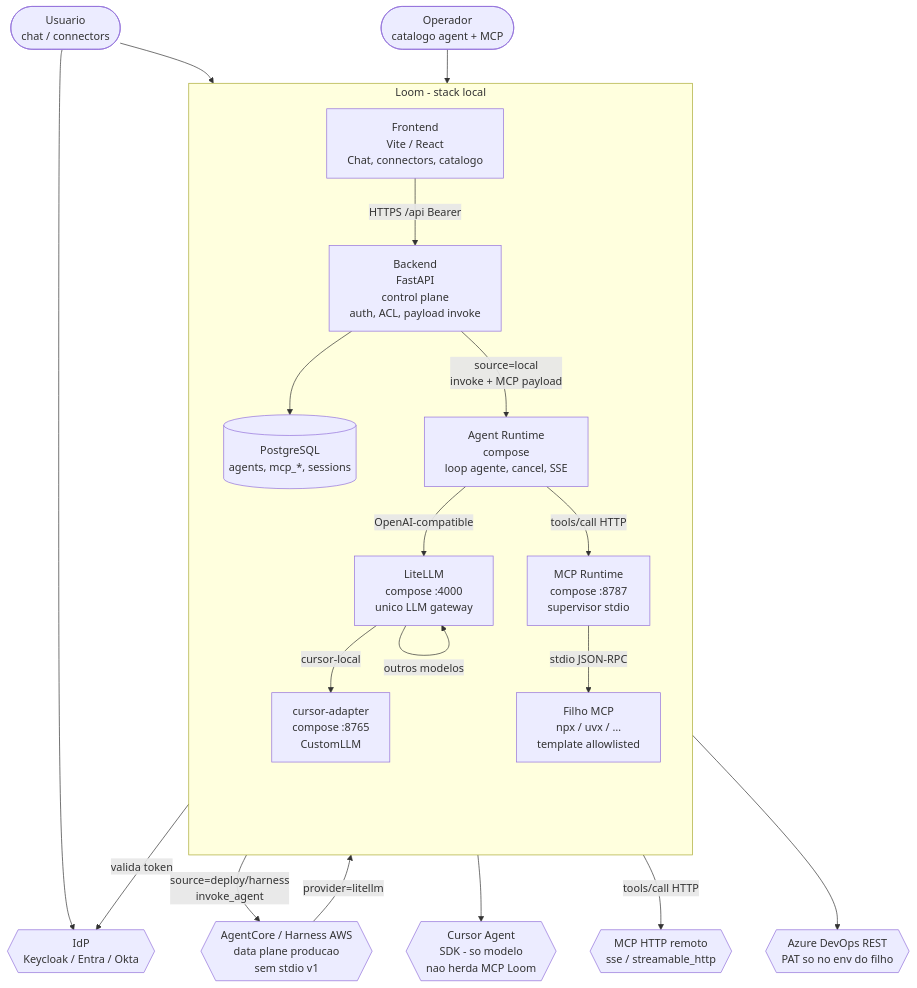
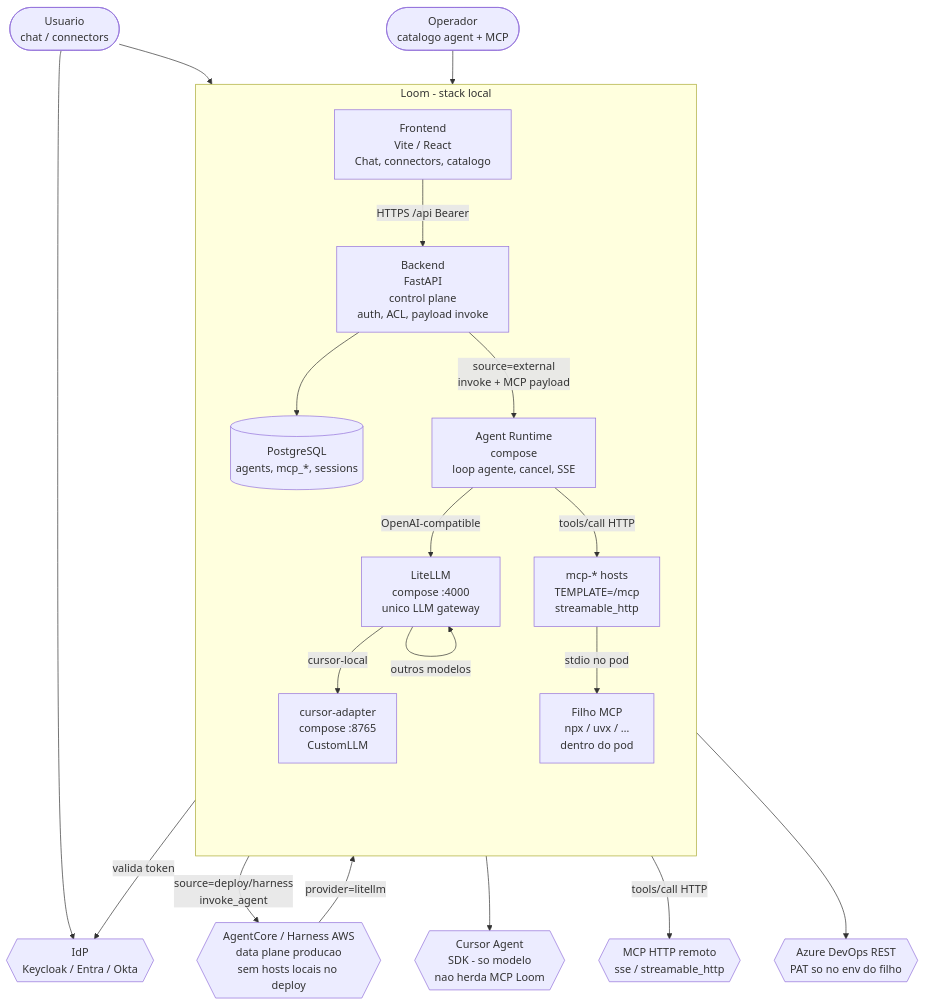
Before and after one commit to jsmesquita/loom-ext: the first of 2 diagrams in local-runtime/docs/adr/0005-local-agent-runtime.md, drawn with Mermaid. The commit also changed other lines of this file and 64 other files, not shown here.

First line of the commit message:
Isolate MCP hosts as TEMPLATE=/mcp services and drop stdio from Loom Core.

````diff
--- a/local-runtime/docs/adr/0005-local-agent-runtime.md
+++ b/local-runtime/docs/adr/0005-local-agent-runtime.md
@@ -96,41 +97,41 @@
 ```mermaid
 flowchart TB
   user(["Usuario<br/>chat / connectors"])
   admin(["Operador<br/>catalogo agent + MCP"])
 
   subgraph loom["Loom - stack local"]
     direction TB
     fe["Frontend<br/>Vite / React<br/>Chat, connectors, catalogo"]
     be["Backend<br/>FastAPI<br/>control plane<br/>auth, ACL, payload invoke"]
     db[("PostgreSQL<br/>agents, mcp_*, sessions")]
     ar["Agent Runtime<br/>compose<br/>loop agente, cancel, SSE"]
-    mr["MCP Runtime<br/>compose :8787<br/>supervisor stdio"]
-    child["Filho MCP<br/>npx / uvx / …<br/>template allowlisted"]
+    mr["mcp-* hosts<br/>TEMPLATE=/mcp<br/>streamable_http"]
+    child["Filho MCP<br/>npx / uvx / …<br/>dentro do pod"]
     litellm["LiteLLM<br/>compose :4000<br/>unico LLM gateway"]
     adapter["cursor-adapter<br/>compose :8765<br/>CustomLLM"]
   end
 
   idp{{"IdP<br/>Keycloak / Entra / Okta"}}
   cursor{{"Cursor Agent<br/>SDK - so modelo<br/>nao herda MCP Loom"}}
   azdo{{"Azure DevOps REST<br/>PAT so no env do filho"}}
   remote{{"MCP HTTP remoto<br/>sse / streamable_http"}}
-  ac{{"AgentCore / Harness AWS<br/>data plane producao<br/>sem stdio v1"}}
+  ac{{"AgentCore / Harness AWS<br/>data plane producao<br/>sem hosts locais no deploy"}}
 
   user --> idp
   user --> fe
   admin --> fe
   fe -->|"HTTPS /api Bearer"| be
   be -->|"valida token"| idp
   be --> db
-  be -->|"source=local<br/>invoke + MCP payload"| ar
+  be -->|"source=external<br/>invoke + MCP payload"| ar
   be -->|"source=deploy/harness<br/>invoke_agent"| ac
   ar -->|"OpenAI-compatible"| litellm
   litellm -->|"cursor-local"| adapter
   adapter --> cursor
   litellm -->|"outros modelos"| litellm
   ar -->|"tools/call HTTP"| mr
   ar -->|"tools/call HTTP"| remote
-  mr -->|"stdio JSON-RPC"| child
+  mr -->|"stdio no pod"| child
   child --> azdo
   ac -->|"provider=litellm"| litellm
 ```
````
